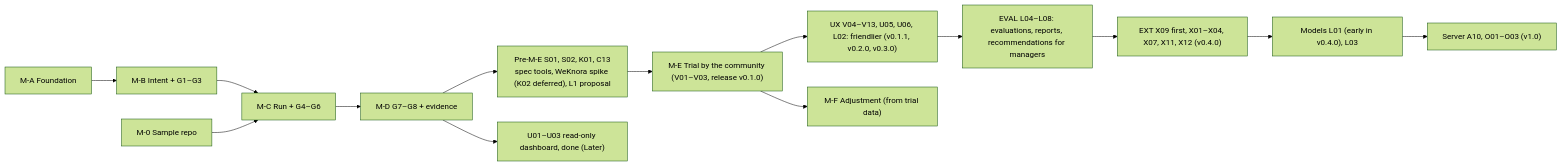
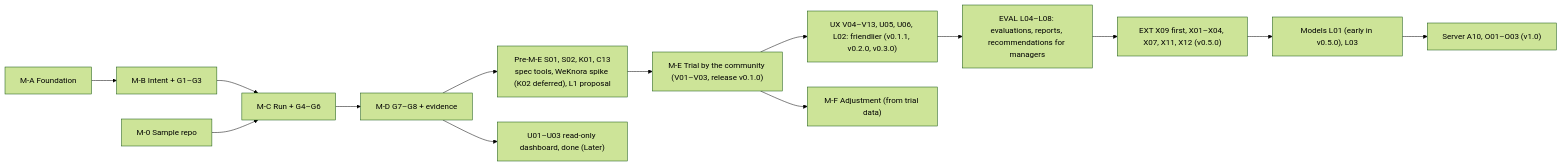
Before and after one commit to hoanghainh1188/agentic-sdlc-framework: the diagram in design/D-08-mvp-backlog.md, drawn with Mermaid (forest theme). The commit also changed other lines of this file and 6 other files, not shown here.

````diff
--- a/design/D-08-mvp-backlog.md
+++ b/design/D-08-mvp-backlog.md
@@ -57,16 +57,16 @@
 ```mermaid
 flowchart LR
     MA["M-A Foundation"] --> MB["M-B Intent + G1–G3"]
     MB --> MC["M-C Run + G4–G6"]
     M0["M-0 Sample repo"] --> MC
     MC --> MD["M-D G7–G8 + evidence"]
     MD --> MP["Pre-M-E S01, S02, K01, C13<br/>spec tools, WeKnora spike (K02 deferred), L1 proposal"]
     MP --> ME["M-E Trial by the community (V01–V03, release v0.1.0)"]
     ME --> UX["UX V04–V13, U05, U06, L02: friendlier (v0.1.1, v0.2.0, v0.3.0)"]
     UX --> EV["EVAL L04–L08: evaluations, reports, recommendations for managers"]
-    EV --> EXT["EXT X09 first, X01–X04, X07, X11, X12 (v0.4.0)"]
-    EXT --> MO["Models L01 (early in v0.4.0), L03"]
+    EV --> EXT["EXT X09 first, X01–X04, X07, X11, X12 (v0.5.0)"]
+    EXT --> MO["Models L01 (early in v0.5.0), L03"]
     MO --> SV["Server A10, O01–O03 (v1.0)"]
     ME --> MF["M-F Adjustment (from trial data)"]
     MD --> MU["U01–U03 read-only dashboard, done (Later)"]
 ```
````
